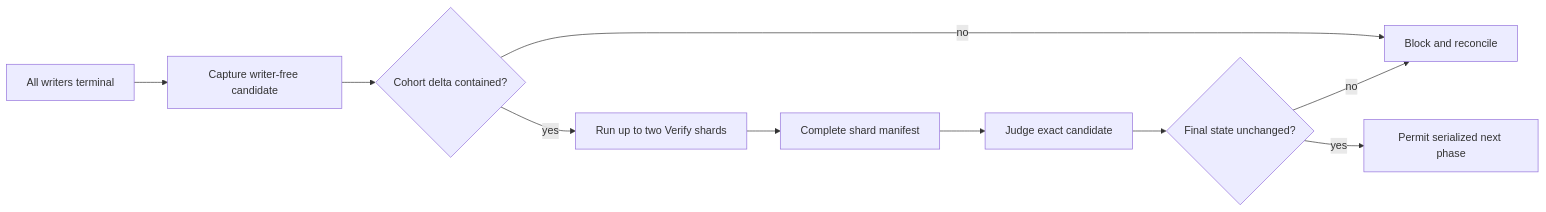
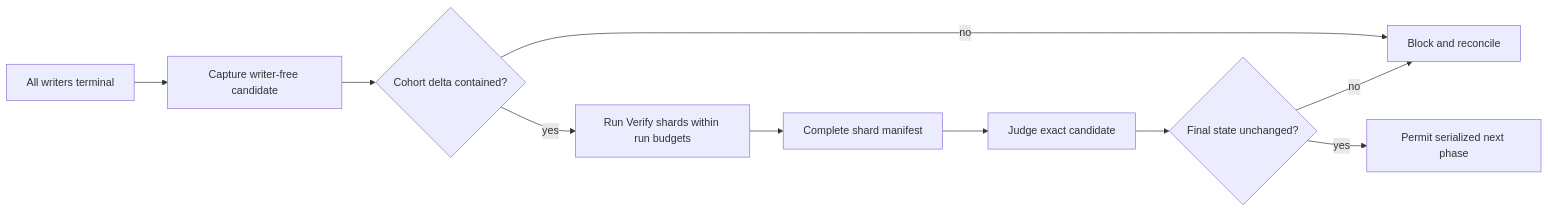
One commit to sean35mm/naru-opencode changed the third of 3 diagrams in docs/src/content/docs/concepts/protocols.md. Above: the diagram before and after it, drawn with Mermaid. The commit also changed other lines of this file and 82 other files, not shown here.

````diff
--- a/docs/src/content/docs/concepts/protocols.md
+++ b/docs/src/content/docs/concepts/protocols.md
@@ -45,12 +45,12 @@
 ```mermaid
 flowchart LR
   A[All writers terminal] --> B[Capture writer-free candidate]
   B --> C{Cohort delta contained?}
   C -->|no| X[Block and reconcile]
-  C -->|yes| D[Run up to two Verify shards]
+  C -->|yes| D[Run Verify shards within run budgets]
   D --> E[Complete shard manifest]
   E --> F[Judge exact candidate]
   F --> G{Final state unchanged?}
   G -->|no| X
   G -->|yes| H[Permit serialized next phase]
 ```
````
